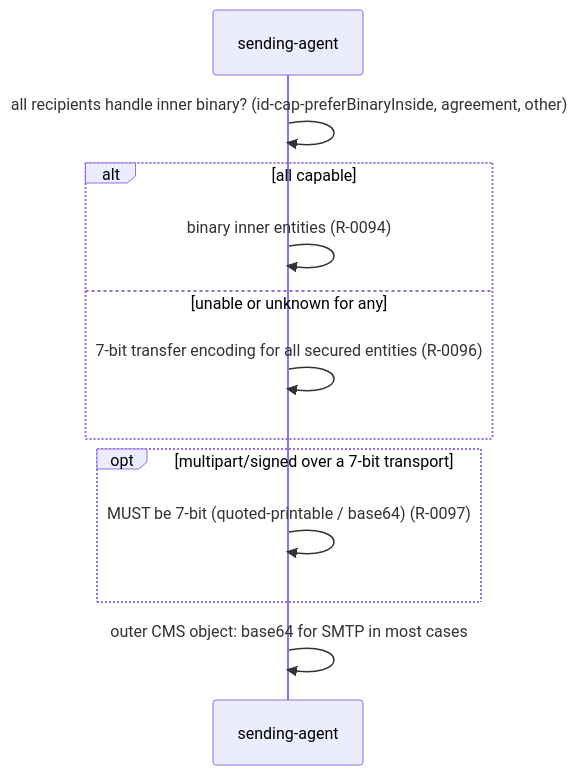
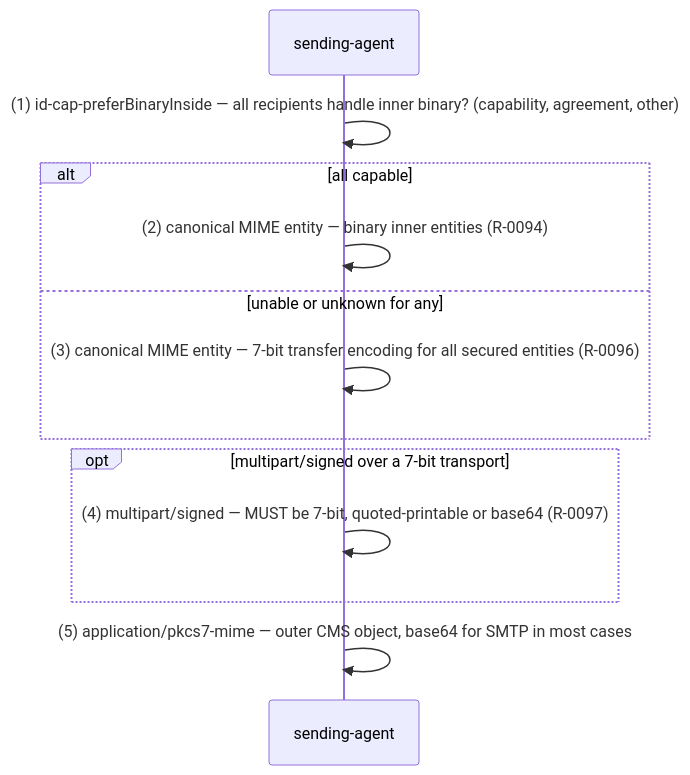
Before and after one commit to m-of-n/library: the second of 28 diagrams in records/ietf/rfc-8551/distilled/protocol.md, drawn with Mermaid. The commit also changed other lines of this file and 10 other files, not shown here.

````diff
--- a/records/ietf/rfc-8551/distilled/protocol.md
+++ b/records/ietf/rfc-8551/distilled/protocol.md
@@ -83,14 +85,14 @@
 ```mermaid
 sequenceDiagram
   participant SA as sending-agent
-  SA->>SA: all recipients handle inner binary? (id-cap-preferBinaryInside, agreement, other)
+  SA->>SA: (1) id-cap-preferBinaryInside — all recipients handle inner binary? (capability, agreement, other)
   alt all capable
-    SA->>SA: binary inner entities (R-0094)
+    SA->>SA: (2) canonical MIME entity — binary inner entities (R-0094)
   else unable or unknown for any
-    SA->>SA: 7-bit transfer encoding for all secured entities (R-0096)
+    SA->>SA: (3) canonical MIME entity — 7-bit transfer encoding for all secured entities (R-0096)
   end
   opt multipart/signed over a 7-bit transport
-    SA->>SA: MUST be 7-bit (quoted-printable / base64) (R-0097)
+    SA->>SA: (4) multipart/signed — MUST be 7-bit, quoted-printable or base64 (R-0097)
   end
-  SA->>SA: outer CMS object: base64 for SMTP in most cases
+  SA->>SA: (5) application/pkcs7-mime — outer CMS object, base64 for SMTP in most cases
 ```
````
